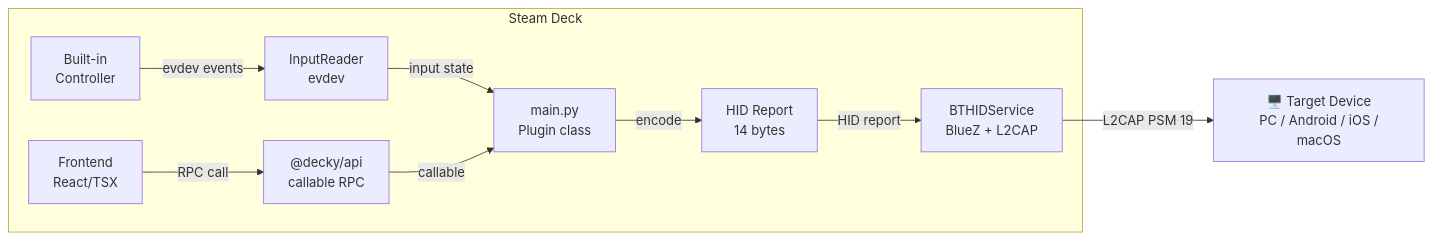
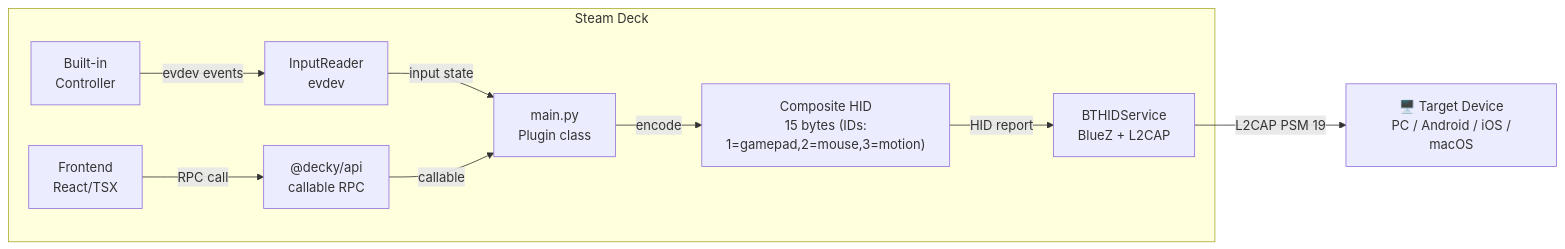
Before and after one commit to daiedy/deck-controller: the diagram in README.md, drawn with Mermaid. The commit also changed other lines of this file and 5 other files, not shown here.

````diff
--- a/README.md
+++ b/README.md
@@ -51,21 +51,21 @@
 ```mermaid
 flowchart LR
     subgraph SteamDeck["Steam Deck"]
         UI["Frontend\n React/TSX"]
         RPC["@decky/api\n callable RPC"]
         Plugin["main.py\n Plugin class"]
         IR["InputReader\n evdev"]
-        HD["HID Report\n 14 bytes"]
+        HD["Composite HID\n 15 bytes (IDs: 1=gamepad,2=mouse,3=motion)"]
         BT["BTHIDService\n BlueZ + L2CAP"]
         Controller["Built-in\n Controller"]
     end
     Target["🖥️ Target Device\n PC / Android / iOS / macOS"]
 
     Controller -->|evdev events| IR
     IR -->|input state| Plugin
     Plugin -->|encode| HD
     HD -->|HID report| BT
     BT -->|L2CAP PSM 19| Target
     UI -->|RPC call| RPC
     RPC -->|callable| Plugin
 ```
````
